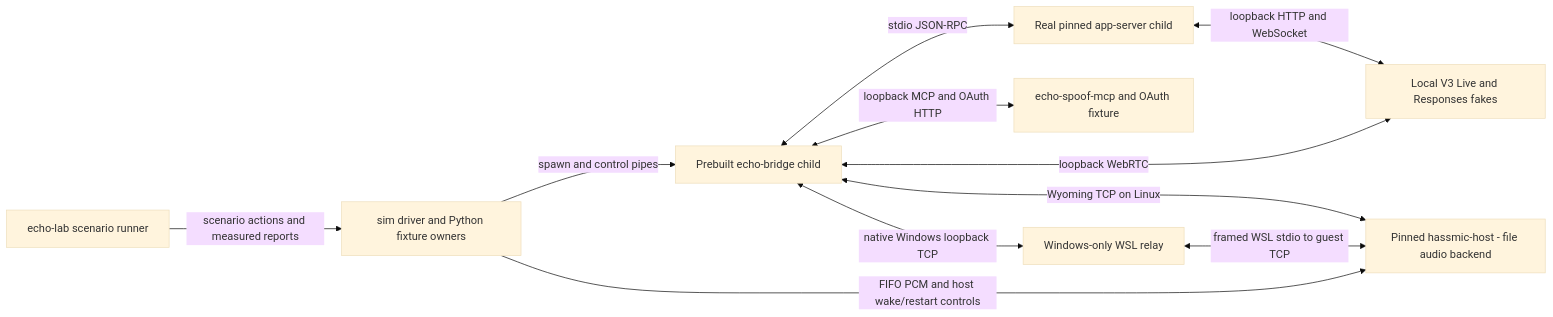
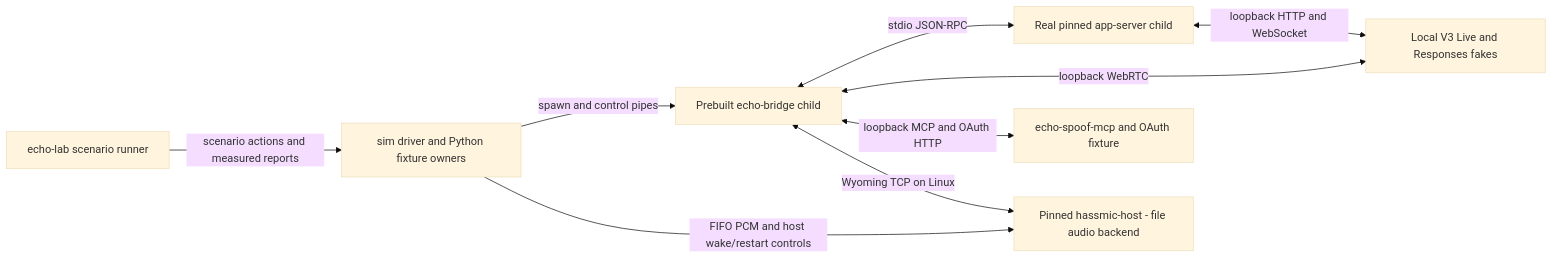
The second of 11 diagrams in docs/architecture.md (portpowered/portos-echo), drawn with Mermaid (base theme) before and after one commit. The commit also changed other lines of this file and 123 other files, not shown here.

Commit message:
Remove first-party Windows support and preserve native Linux paths

````diff
--- a/docs/architecture.md
+++ b/docs/architecture.md
@@ -467,21 +467,18 @@
 ```mermaid
 flowchart LR
     LAB[echo-lab scenario runner]
     SIM[sim driver and Python fixture owners]
     B[Prebuilt echo-bridge child]
     A[Real pinned app-server child]
     H[Pinned hassmic-host - file audio backend]
     F[Local V3 Live and Responses fakes]
     P[echo-spoof-mcp and OAuth fixture]
-    RELAY[Windows-only WSL relay]
     LAB -->|scenario actions and measured reports| SIM
     SIM -->|spawn and control pipes| B
     B <-->|stdio JSON-RPC| A
     A <-->|loopback HTTP and WebSocket| F
     B <-->|loopback WebRTC| F
     B <-->|loopback MCP and OAuth HTTP| P
     B <-->|Wyoming TCP on Linux| H
-    B <-->|native Windows loopback TCP| RELAY
-    RELAY <-->|framed WSL stdio to guest TCP| H
     SIM -->|FIFO PCM and host wake/restart controls| H
 ```
````
